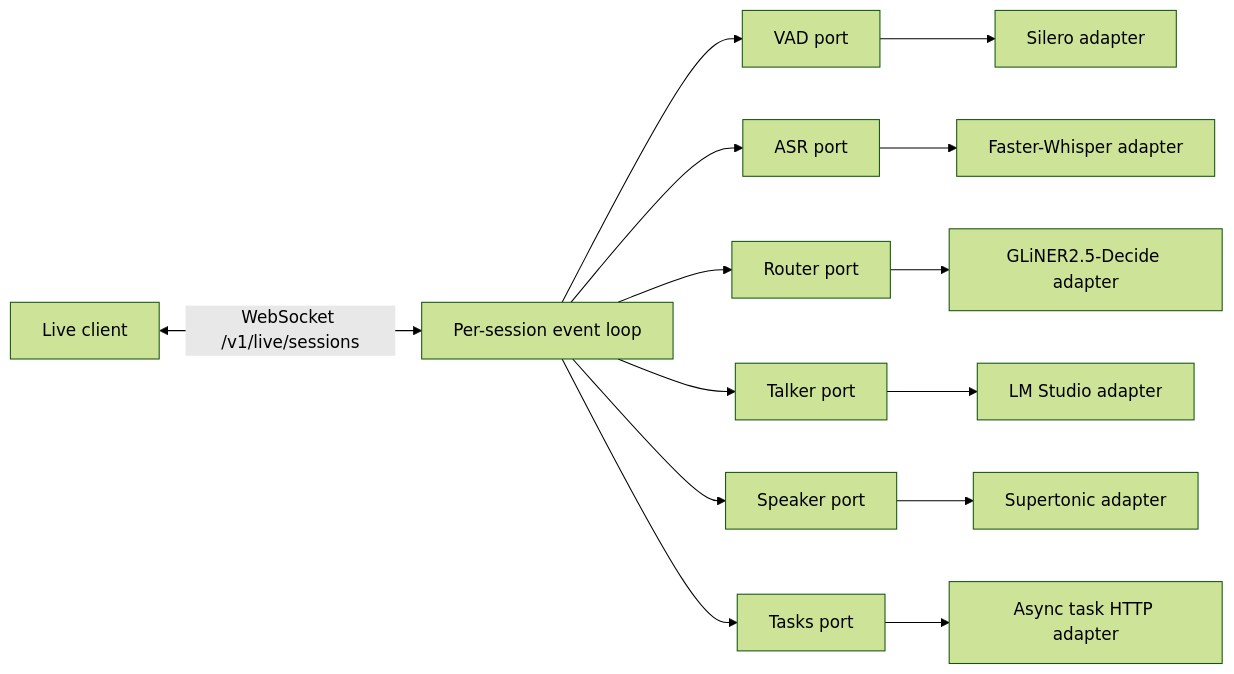
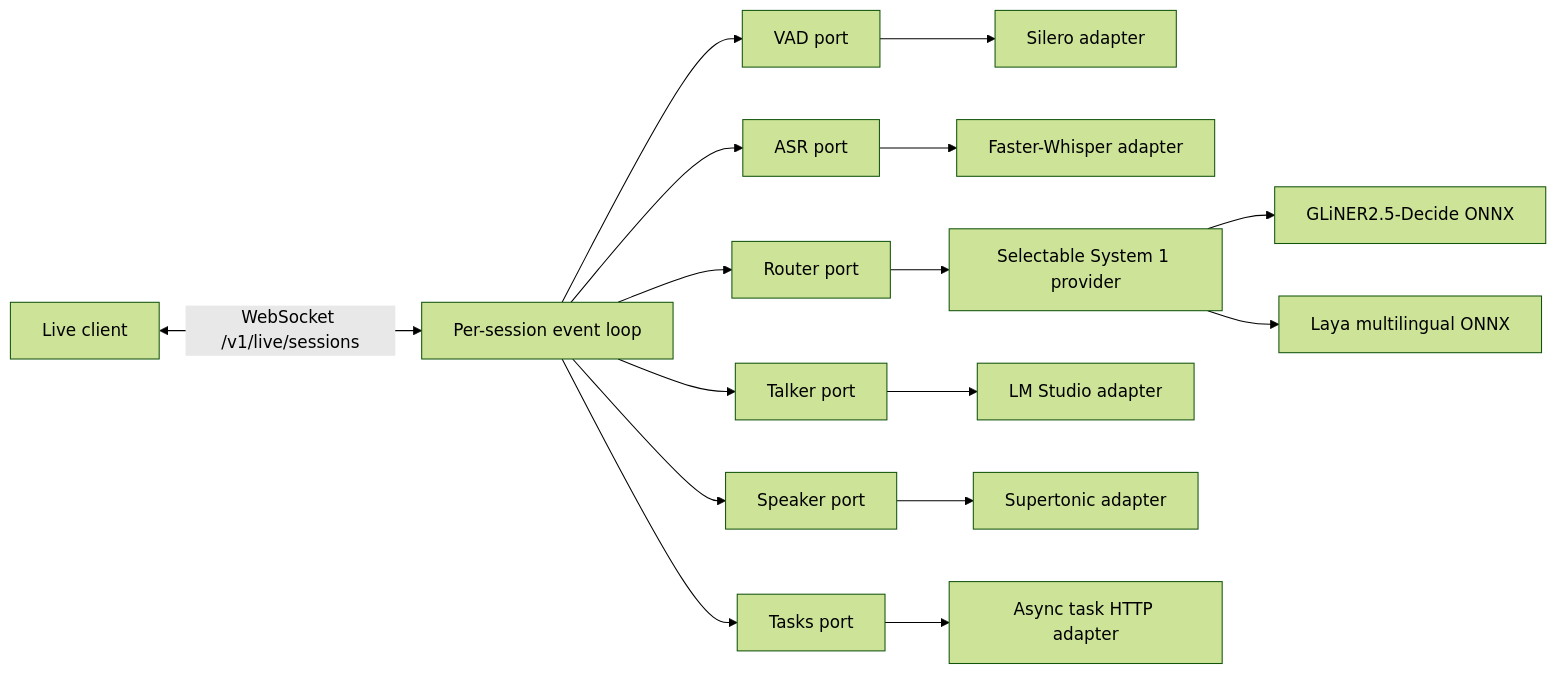
Before and after one commit to tavallaie/open-gptlive-poc: the first of 2 diagrams in README.md, drawn with Mermaid (forest theme). The commit also changed other lines of this file and 11 other files, not shown here.

Commit message:
Add selectable router providers and fix review findings

````diff
--- a/README.md
+++ b/README.md
@@ -11,16 +11,18 @@
 ```mermaid
 flowchart LR
     Client[Live client] <-->|WebSocket /v1/live/sessions| Session[Per-session event loop]
     Session --> VAD[VAD port]
     Session --> ASR[ASR port]
     Session --> Router[Router port]
     Session --> Talker[Talker port]
     Session --> Speaker[Speaker port]
     Session --> Tasks[Tasks port]
     VAD --> Silero[Silero adapter]
     ASR --> Whisper[Faster-Whisper adapter]
-    Router --> GLiNER[GLiNER2.5-Decide adapter]
+    Router --> Decision[Selectable System 1 provider]
+    Decision --> GLiNER[GLiNER2.5-Decide ONNX]
+    Decision --> Laya[Laya multilingual ONNX]
     Talker --> LM[LM Studio adapter]
     Speaker --> Supertonic[Supertonic adapter]
     Tasks --> HTTP[Async task HTTP adapter]
 ```
````
